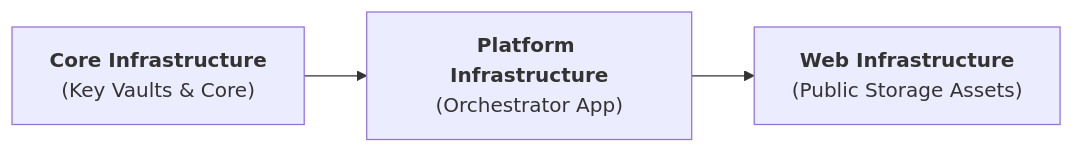
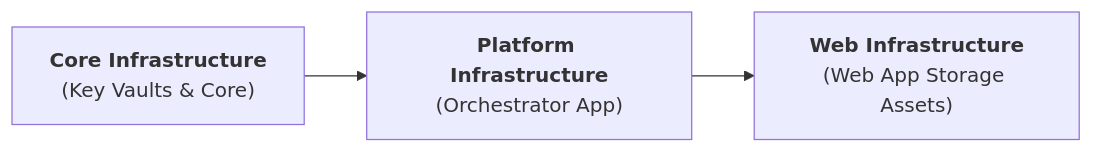
One commit to DFE-Digital/education-benchmarking-and-insights changed the diagram in docs/content/explanation/pipeline-orchestrator-deployment-and-secrets.md. Above: the diagram before and after it, drawn with Mermaid. The commit also changed other lines of this file, not shown here.

````diff
--- a/docs/content/explanation/pipeline-orchestrator-deployment-and-secrets.md
+++ b/docs/content/explanation/pipeline-orchestrator-deployment-and-secrets.md
@@ -19,4 +19,4 @@
 ```mermaid
 flowchart LR
-    A["<b>Core Infrastructure</b><br/>(Key Vaults & Core)"] --> B["<b>Platform Infrastructure</b><br/>(Orchestrator App)"] --> C["<b>Web Infrastructure</b><br/>(Public Storage Assets)"]
+    A["<b>Core Infrastructure</b><br/>(Key Vaults & Core)"] --> B["<b>Platform Infrastructure</b><br/>(Orchestrator App)"] --> C["<b>Web Infrastructure</b><br/>(Web App Storage Assets)"]
 ```
````
